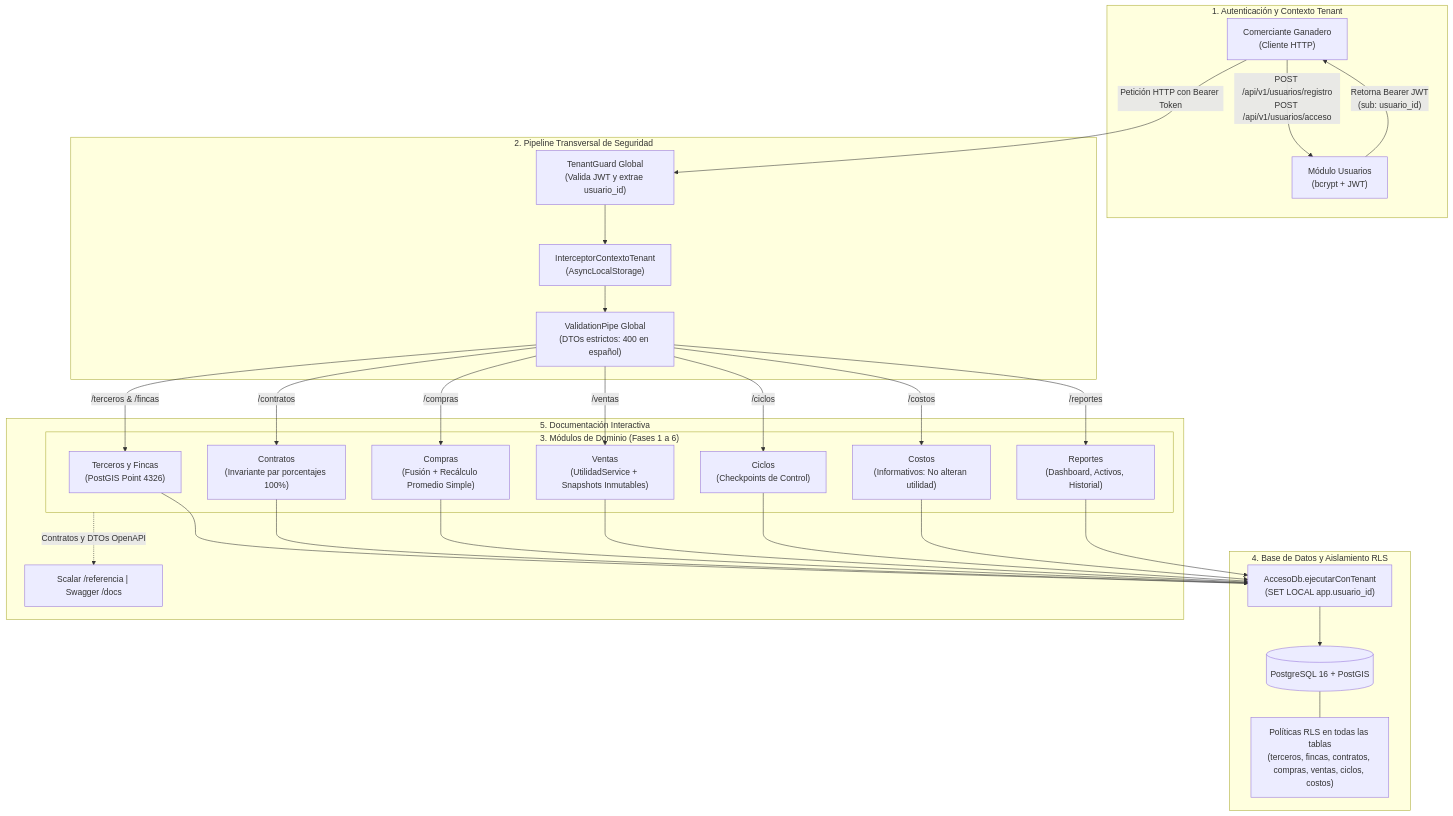
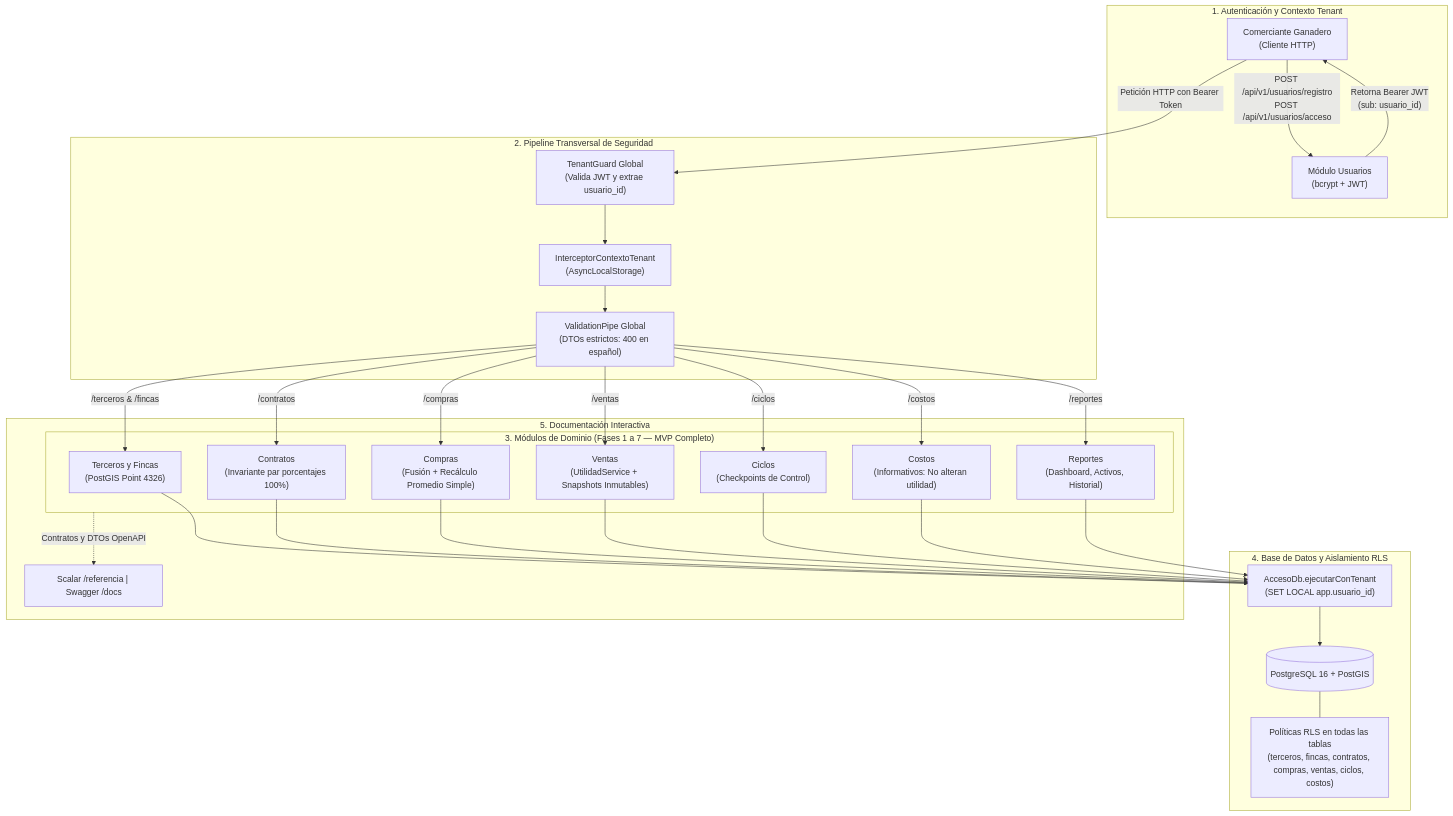
One commit to MQuintana0/Elinain changed the second of 2 diagrams in README.md. Above: the diagram before and after it, drawn with Mermaid. The commit also changed other lines of this file and 1 other file, not shown here.

Commit message:
feat(fase-7): verify complete demo flow and finalize mvp (MVP-030)

````diff
--- a/README.md
+++ b/README.md
@@ -87,34 +87,34 @@
 ```mermaid
 flowchart TD
     subgraph Identidad["1. Autenticación y Contexto Tenant"]
         User["Comerciante Ganadero\n(Cliente HTTP)"] -- "POST /api/v1/usuarios/registro\nPOST /api/v1/usuarios/acceso" --> Auth["Módulo Usuarios\n(bcrypt + JWT)"]
         Auth -- "Retorna Bearer JWT\n(sub: usuario_id)" --> User
     end
 
     subgraph Seguridad["2. Pipeline Transversal de Seguridad"]
         User -- "Petición HTTP con Bearer Token" --> TG["TenantGuard Global\n(Valida JWT y extrae usuario_id)"]
         TG --> ICT["InterceptorContextoTenant\n(AsyncLocalStorage)"]
         ICT --> VP["ValidationPipe Global\n(DTOs estrictos: 400 en español)"]
     end
 
-    subgraph Dominio["3. Módulos de Dominio (Fases 1 a 6)"]
+    subgraph Dominio["3. Módulos de Dominio (Fases 1 a 7 — MVP Completo)"]
         VP -- "/terceros & /fincas" --> TF["Terceros y Fincas\n(PostGIS Point 4326)"]
         VP -- "/contratos" --> CT["Contratos\n(Invariante par porcentajes 100%)"]
         VP -- "/compras" --> CP["Compras\n(Fusión + Recálculo Promedio Simple)"]
         VP -- "/ventas" --> VT["Ventas\n(UtilidadService + Snapshots Inmutables)"]
         VP -- "/ciclos" --> CI["Ciclos\n(Checkpoints de Control)"]
         VP -- "/costos" --> CS["Costos\n(Informativos: No alteran utilidad)"]
         VP -- "/reportes" --> RP["Reportes\n(Dashboard, Activos, Historial)"]
     end
 
     subgraph Persistencia["4. Base de Datos y Aislamiento RLS"]
         TF & CT & CP & VT & CI & CS & RP --> ADB["AccesoDb.ejecutarConTenant\n(SET LOCAL app.usuario_id)"]
         ADB --> PG[("PostgreSQL 16 + PostGIS")]
 
         PG --- RLS["Políticas RLS en todas las tablas\n(terceros, fincas, contratos, compras, ventas, ciclos, costos)"]
     end
 
     subgraph Docs["5. Documentación Interactiva"]
     Dominio -. "Contratos y DTOs OpenAPI" .-> DOCS["Scalar /referencia | Swagger /docs"]
     end
 ```
````
